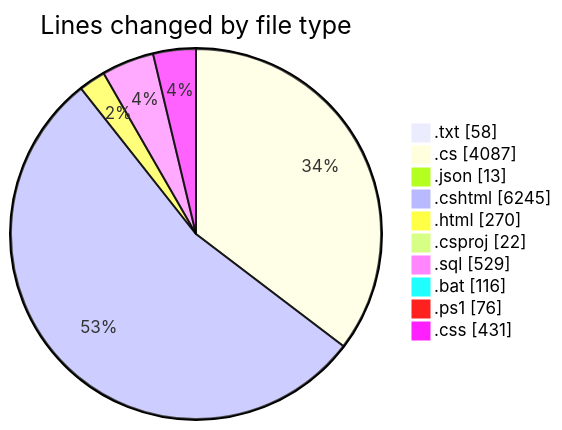
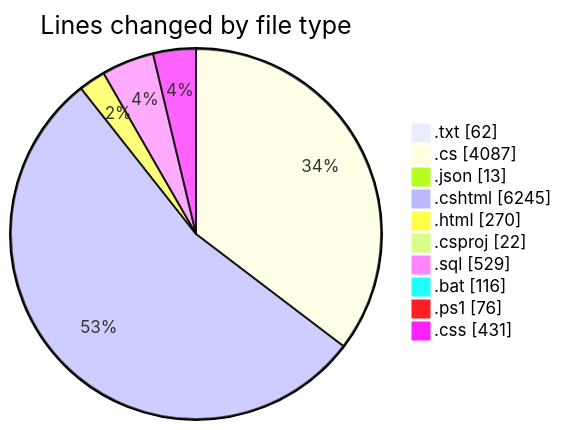
One commit to lephambinh05/code-tracking changed the first of 2 diagrams in 2025-07-27/quanlyrapchieuphim-1/README.md. Above: the diagram before and after it, drawn with Mermaid. The commit also changed other lines of this file and 1 other file, not shown here.

````diff
--- a/2025-07-27/quanlyrapchieuphim-1/README.md
+++ b/2025-07-27/quanlyrapchieuphim-1/README.md
@@ -61,14 +61,14 @@
 ```mermaid
 pie showData
 title Lines changed by file type
-".txt" : 58
+".txt" : 62
 ".cs" : 4087
 ".json" : 13
 ".cshtml" : 6245
 ".html" : 270
 ".csproj" : 22
 ".sql" : 529
 ".bat" : 116
 ".ps1" : 76
 ".css" : 431
 ```
````
